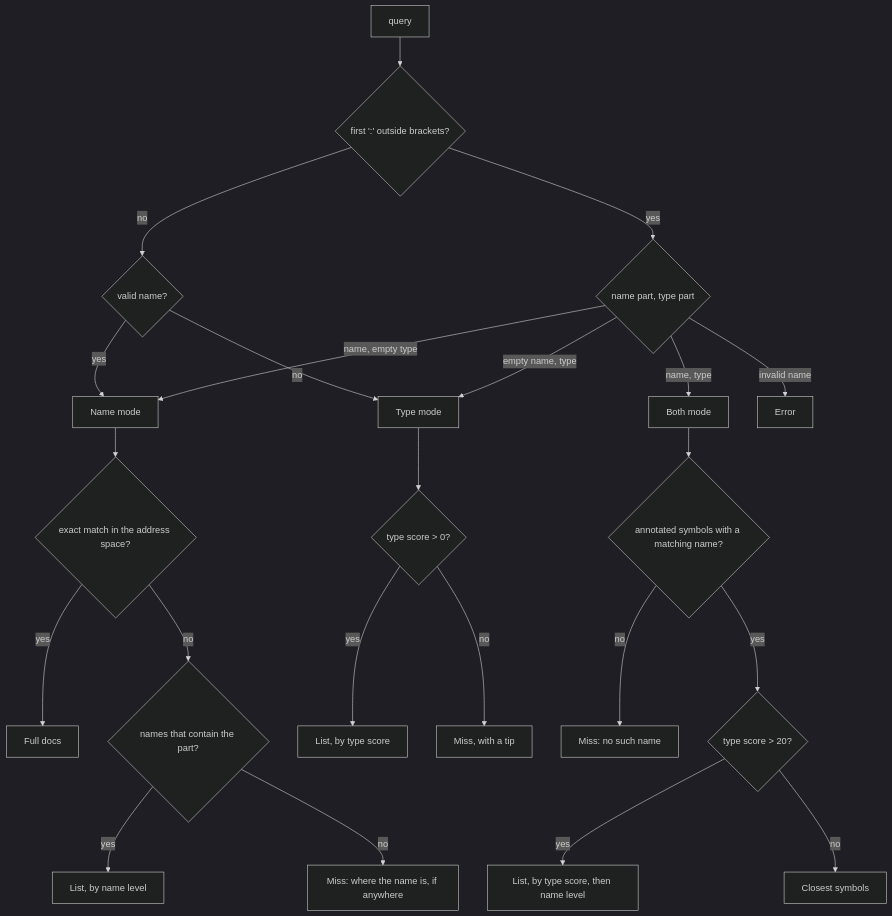
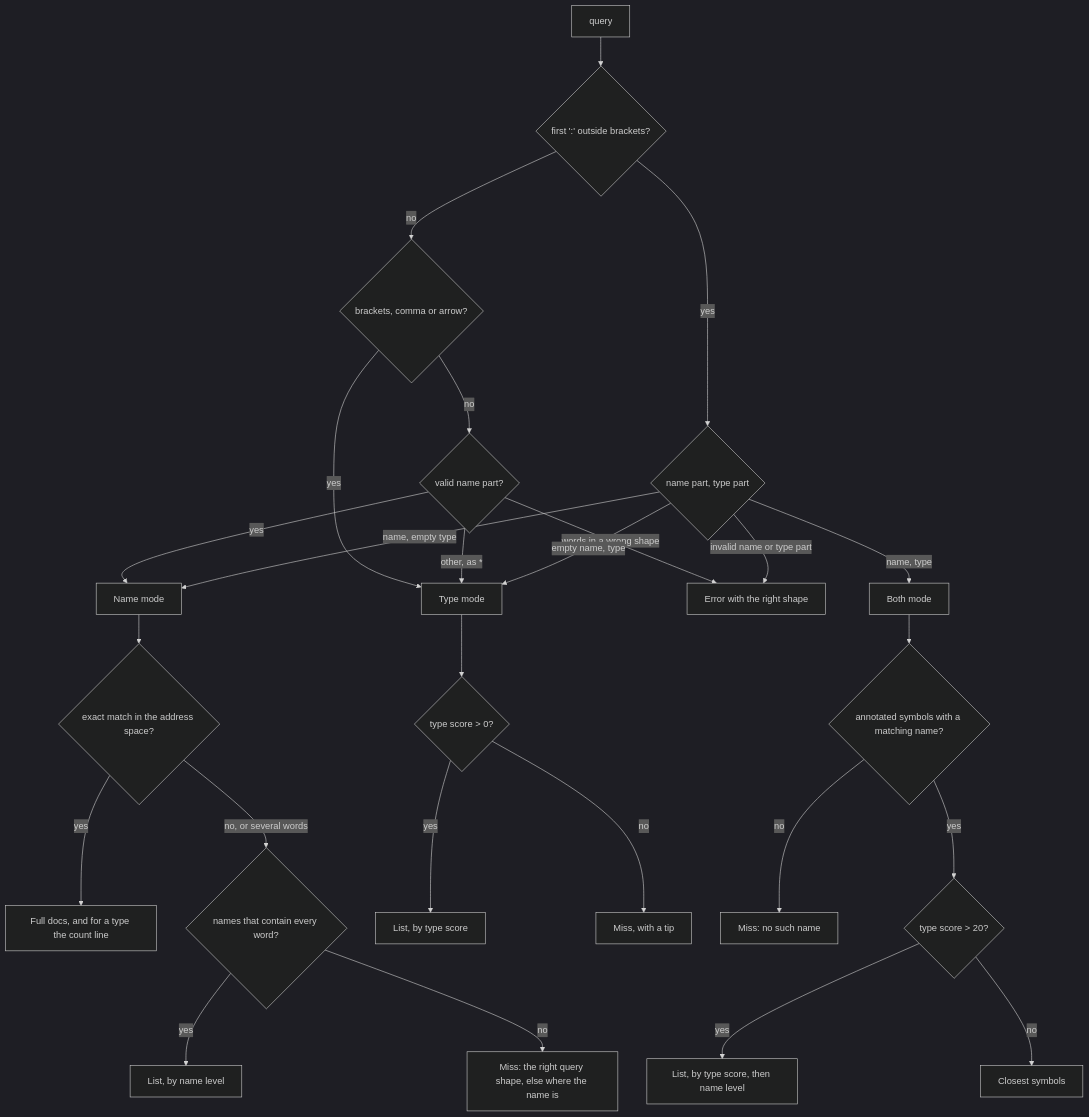
One commit to Karakatiza666/roc-syntax-mcp changed the diagram in docs/design/symbol-search.md. Above: the diagram before and after it, drawn with Mermaid (dark theme). The commit also changed other lines of this file and 6 other files, not shown here.

````diff
--- a/docs/design/symbol-search.md
+++ b/docs/design/symbol-search.md
@@ -37,25 +40,28 @@
 ```mermaid
 flowchart TD
   Q[query] --> P{first ':' outside brackets?}
-  P -- no --> V{valid name?}
+  P -- no --> K{brackets, comma or arrow?}
+  K -- yes --> T[Type mode]
+  K -- no --> V{valid name part?}
   V -- yes --> N[Name mode]
-  V -- no --> T[Type mode]
+  V -- "words in a wrong shape" --> E[Error with the right shape]
+  V -- "other, as *" --> T
   P -- yes --> S{name part, type part}
   S -- "name, empty type" --> N
   S -- "empty name, type" --> T
   S -- "name, type" --> B[Both mode]
-  S -- "invalid name" --> E[Error]
+  S -- "invalid name or type part" --> E
   N --> NX{exact match in the address space?}
-  NX -- yes --> NF[Full docs]
-  NX -- no --> NL{names that contain the part?}
+  NX -- yes --> NF[Full docs, and for a type the count line]
+  NX -- "no, or several words" --> NL{names that contain every word?}
   NL -- yes --> NC[List, by name level]
-  NL -- no --> NM[Miss: where the name is, if anywhere]
+  NL -- no --> NM[Miss: the right query shape, else where the name is]
   T --> TL{type score > 0?}
   TL -- yes --> TC[List, by type score]
   TL -- no --> TM[Miss, with a tip]
   B --> BN{annotated symbols with a matching name?}
   BN -- no --> BM[Miss: no such name]
   BN -- yes --> BT{type score > 20?}
   BT -- yes --> BC[List, by type score, then name level]
   BT -- no --> BF[Closest symbols]
 ```
````
